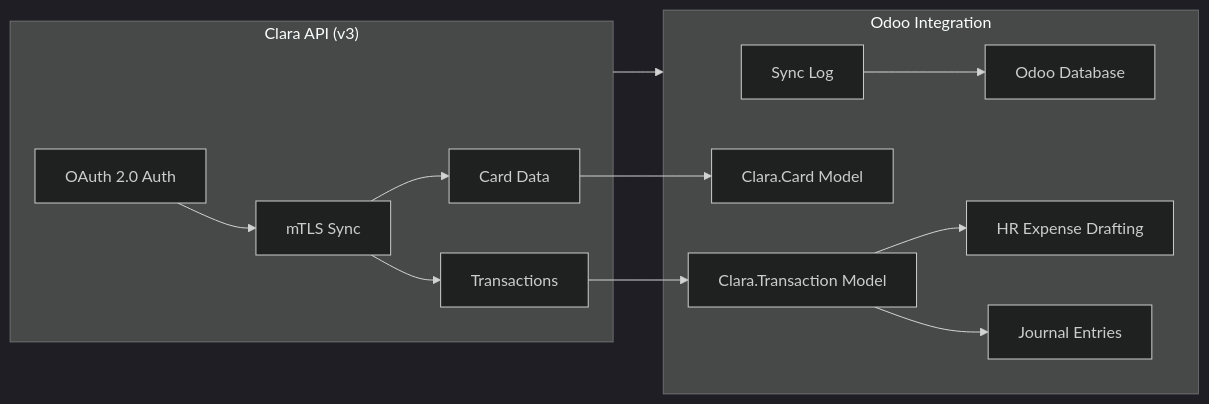
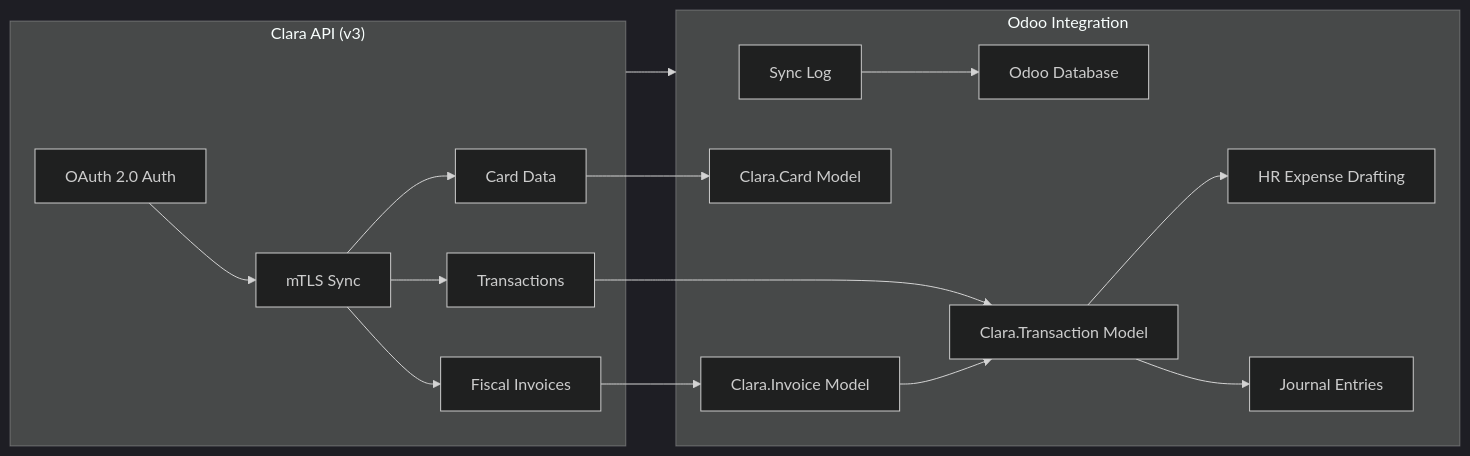
Before and after one commit to davidzn-clara/odoo-clara-connector: the diagram in README.md, drawn with Mermaid (dark theme). The commit also changed other lines of this file, not shown here.

````diff
--- a/README.md
+++ b/README.md
@@ -11,16 +17,19 @@
 ```mermaid
 graph LR
     subgraph Clara_API ["Clara API (v3)"]
         A[OAuth 2.0 Auth] --> B[mTLS Sync]
         B --> C[Card Data]
         B --> D[Transactions]
+        B --> E[Fiscal Invoices]
     end
     subgraph Odoo_Integration ["Odoo Integration"]
-        E[Sync Log] --> F[Odoo Database]
-        C --> G[Clara.Card Model]
-        D --> H[Clara.Transaction Model]
-        H --> I[HR Expense Drafting]
-        H --> J[Journal Entries]
+        F[Sync Log] --> G[Odoo Database]
+        C --> H[Clara.Card Model]
+        D --> I[Clara.Transaction Model]
+        E --> J[Clara.Invoice Model]
+        I --> K[HR Expense Drafting]
+        I --> L[Journal Entries]
+        J --> I
     end
     Clara_API ---> Odoo_Integration
 ```
````
